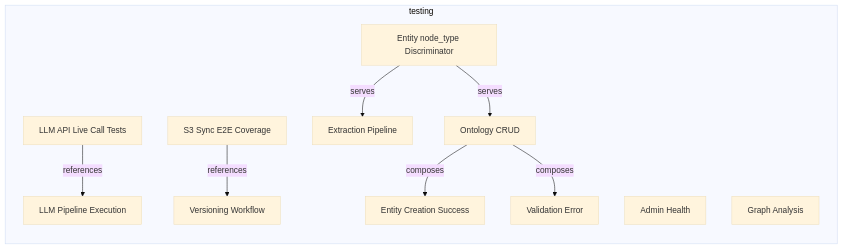
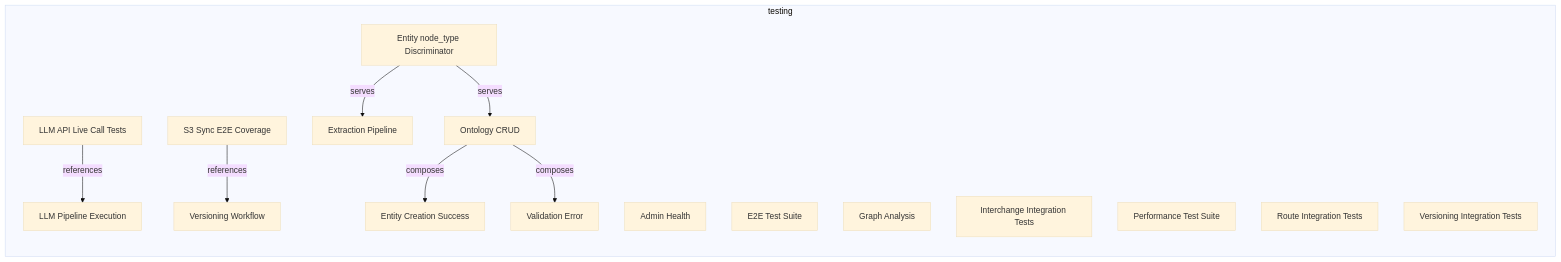
One commit to tinkermonkey/context-studio changed the first of 2 diagrams in documentation-robotics/reports/12-testing-layer-report.md. Above: the diagram before and after it, drawn with Mermaid (base theme). The commit also changed other lines of this file and 37 other files, not shown here.

````diff
--- a/documentation-robotics/reports/12-testing-layer-report.md
+++ b/documentation-robotics/reports/12-testing-layer-report.md
@@ -29,22 +29,27 @@
 ```mermaid
 flowchart LR
   subgraph testing
     testing_coverageexclusion_llm_api_live_call_tests["LLM API Live Call Tests"]
     testing_coveragegap_s3_sync_e2e_coverage["S3 Sync E2E Coverage"]
     testing_inputspacepartition_entity_node_type_discriminator["Entity node_type Discriminator"]
     testing_outcomecategory_entity_creation_success["Entity Creation Success"]
     testing_outcomecategory_validation_error["Validation Error"]
     testing_testcoveragetarget_admin_health["Admin Health"]
+    testing_testcoveragetarget_e2e_test_suite["E2E Test Suite"]
     testing_testcoveragetarget_extraction_pipeline["Extraction Pipeline"]
     testing_testcoveragetarget_graph_analysis["Graph Analysis"]
+    testing_testcoveragetarget_interchange_integration_tests["Interchange Integration Tests"]
     testing_testcoveragetarget_llm_pipeline_execution["LLM Pipeline Execution"]
     testing_testcoveragetarget_ontology_crud["Ontology CRUD"]
+    testing_testcoveragetarget_performance_test_suite["Performance Test Suite"]
+    testing_testcoveragetarget_route_integration_tests["Route Integration Tests"]
+    testing_testcoveragetarget_versioning_integration_tests["Versioning Integration Tests"]
     testing_testcoveragetarget_versioning_workflow["Versioning Workflow"]
     testing_coverageexclusion_llm_api_live_call_tests -->|references| testing_testcoveragetarget_llm_pipeline_execution
     testing_coveragegap_s3_sync_e2e_coverage -->|references| testing_testcoveragetarget_versioning_workflow
     testing_inputspacepartition_entity_node_type_discriminator -->|serves| testing_testcoveragetarget_extraction_pipeline
     testing_inputspacepartition_entity_node_type_discriminator -->|serves| testing_testcoveragetarget_ontology_crud
     testing_testcoveragetarget_ontology_crud -->|composes| testing_outcomecategory_entity_creation_success
     testing_testcoveragetarget_ontology_crud -->|composes| testing_outcomecategory_validation_error
   end
 ```
````
